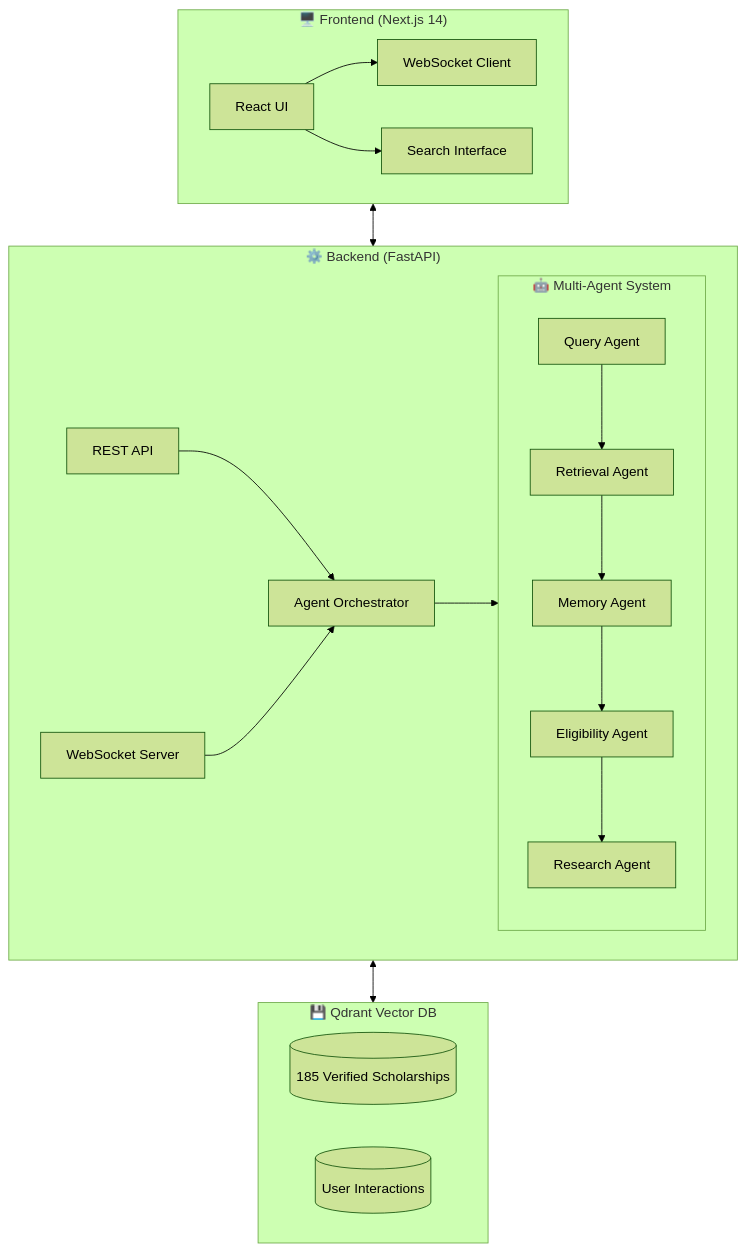
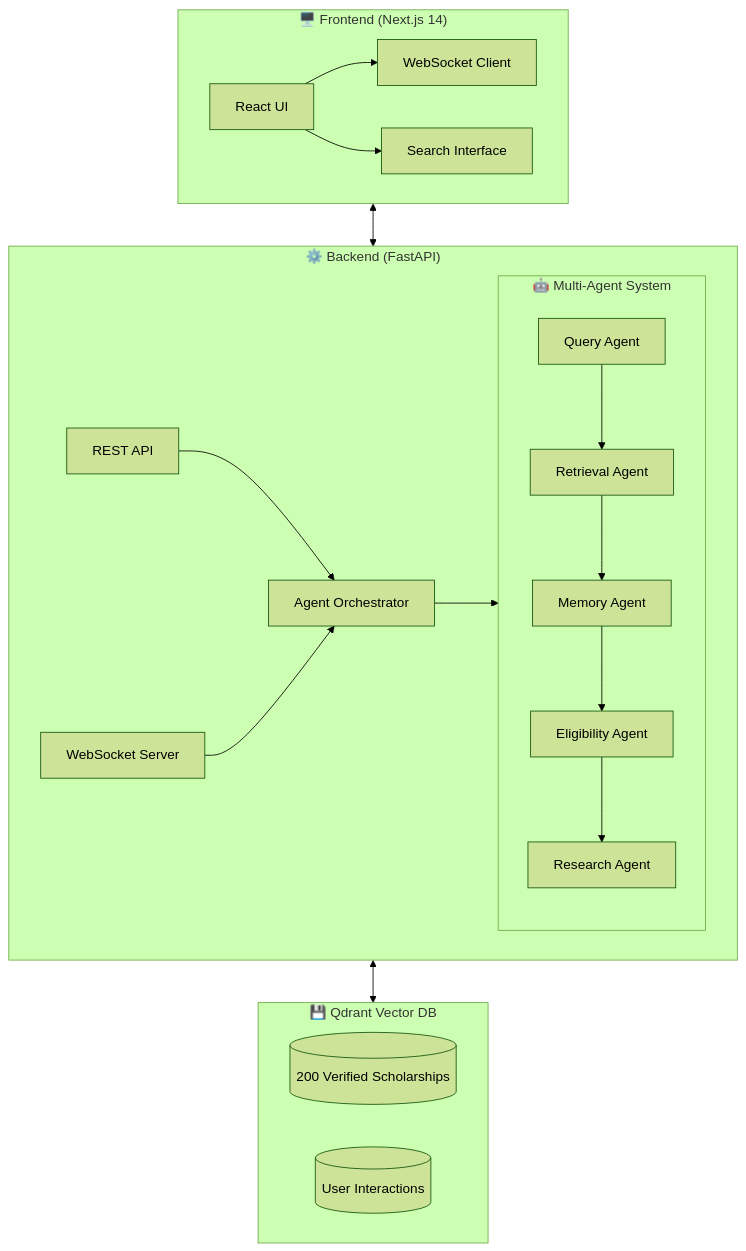
The diagram in README.md (krishdef7/Saarthi-AI), drawn with Mermaid (forest theme) before and after one commit. The commit also changed other lines of this file and 1 other file, not shown here.

````diff
--- a/README.md
+++ b/README.md
@@ -76,29 +76,29 @@
 ```mermaid
 graph TB
     subgraph Frontend["🖥️ Frontend (Next.js 14)"]
         UI[React UI] --> WS[WebSocket Client]
         UI --> Search[Search Interface]
     end
 
     subgraph Backend["⚙️ Backend (FastAPI)"]
         API[REST API] --> Orchestrator[Agent Orchestrator]
         WSS[WebSocket Server] --> Orchestrator
 
         subgraph Agents["🤖 Multi-Agent System"]
             QA[Query Agent] --> RA[Retrieval Agent]
             RA --> MA[Memory Agent]
             MA --> EA[Eligibility Agent]
             EA --> ResA[Research Agent]
         end
 
         Orchestrator --> Agents
     end
 
     subgraph Storage["💾 Qdrant Vector DB"]
-        Scholarships[(185 Verified Scholarships)]
+        Scholarships[(200 Verified Scholarships)]
         Memory[(User Interactions)]
     end
 
     Frontend <--> Backend
     Backend <--> Storage
 ```
````
